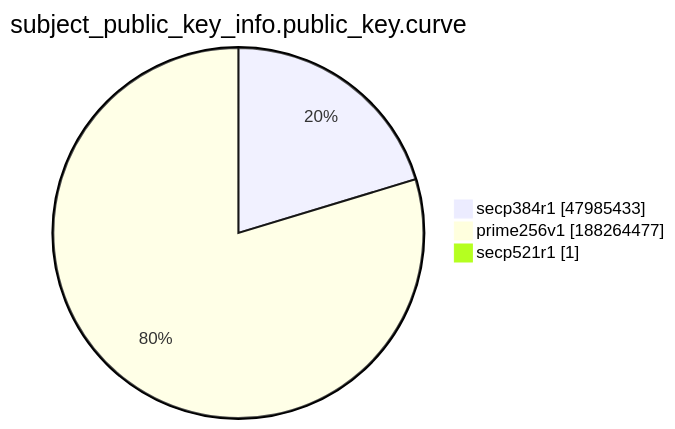
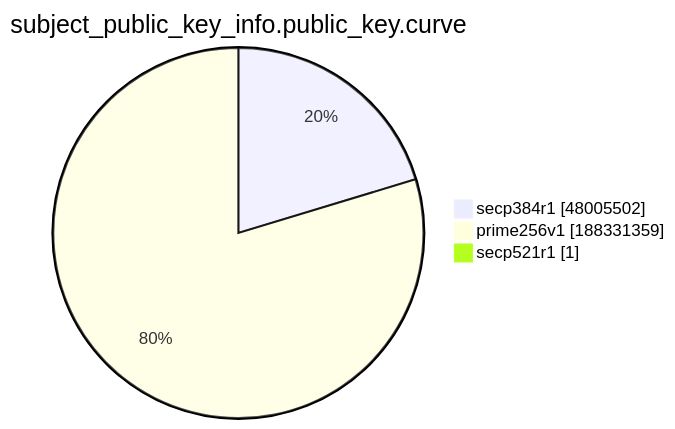
The ninth of 15 diagrams in xenon2022/README.md (christiankrug/ctmonitor_visualization), drawn with Mermaid before and after one commit. The commit also changed other lines of this file, not shown here.

````diff
--- a/xenon2022/README.md
+++ b/xenon2022/README.md
@@ -2874,7 +2874,7 @@
 ```mermaid
 pie showData
 title subject_public_key_info.public_key.curve
-"secp384r1" :47985433
-"prime256v1" :188264477
+"secp384r1" :48005502
+"prime256v1" :188331359
 "secp521r1" :1
 ```
````
